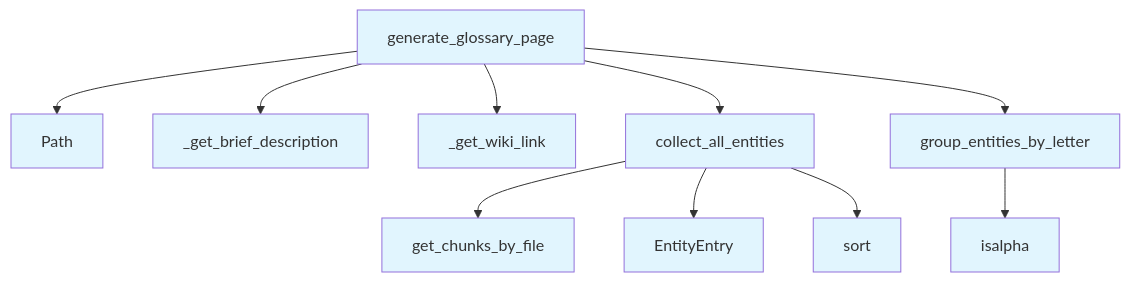
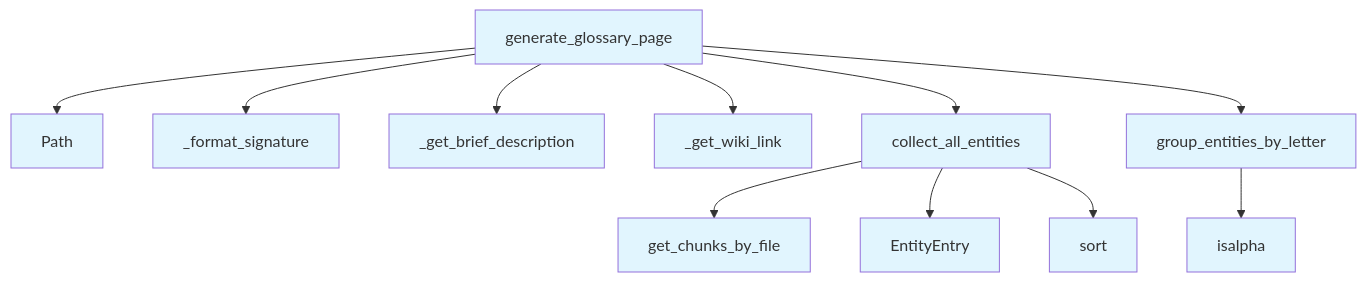
The second of 2 diagrams in .deepwiki/files/src/local_deepwiki/generators/glossary.md (UrbanDiver/local-deepwiki-mcp), drawn with Mermaid before and after one commit. The commit also changed other lines of this file and 54 other files, not shown here.

````diff
--- a/.deepwiki/files/src/local_deepwiki/generators/glossary.md
+++ b/.deepwiki/files/src/local_deepwiki/generators/glossary.md
@@ -390,24 +422,26 @@
 ```mermaid
 flowchart TD
     N0[EntityEntry]
     N1[Path]
-    N2[_get_brief_description]
-    N3[_get_wiki_link]
-    N4[collect_all_entities]
-    N5[generate_glossary_page]
-    N6[get_chunks_by_file]
-    N7[group_entities_by_letter]
-    N8[isalpha]
-    N9[sort]
-    N4 --> N6
-    N4 --> N0
-    N4 --> N9
-    N7 --> N8
-    N5 --> N4
+    N2[_format_signature]
+    N3[_get_brief_description]
+    N4[_get_wiki_link]
+    N5[collect_all_entities]
+    N6[generate_glossary_page]
+    N7[get_chunks_by_file]
+    N8[group_entities_by_letter]
+    N9[isalpha]
+    N10[sort]
     N5 --> N7
-    N5 --> N3
-    N5 --> N1
-    N5 --> N2
+    N5 --> N0
+    N5 --> N10
+    N8 --> N9
+    N6 --> N5
+    N6 --> N8
+    N6 --> N4
+    N6 --> N1
+    N6 --> N2
+    N6 --> N3
     classDef func fill:#e1f5fe
-    class N0,N1,N2,N3,N4,N5,N6,N7,N8,N9 func
+    class N0,N1,N2,N3,N4,N5,N6,N7,N8,N9,N10 func
 ```
````
